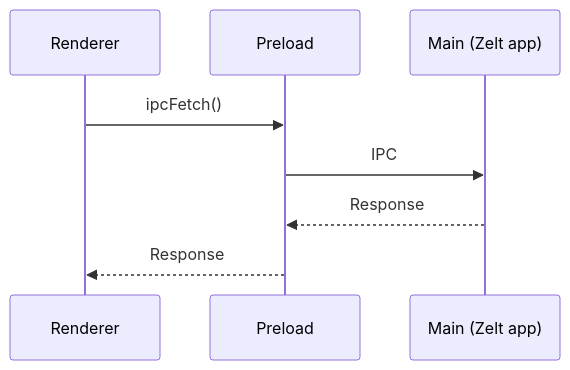
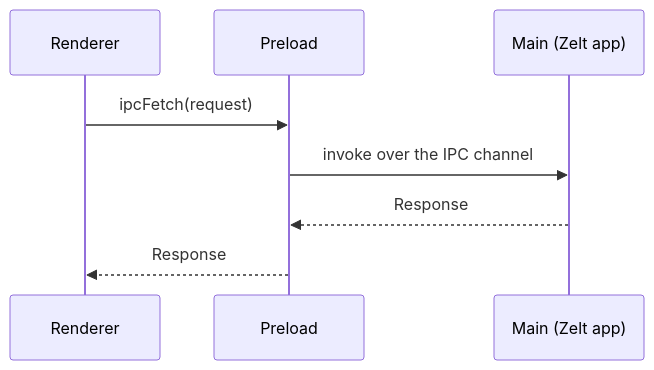
Before and after one commit to zeltjs/zelt: the diagram in website/docs/getting-started/electron.mdx, drawn with Mermaid. The commit also changed 7 other files, not shown here.

First line of the commit message:
docs(website): redesign remaining diagrams for reader-facing clarity

````diff
--- a/website/docs/getting-started/electron.mdx
+++ b/website/docs/getting-started/electron.mdx
@@ -28,11 +28,11 @@
 ```mermaid
 sequenceDiagram
   participant Renderer
   participant Preload
   participant Main as Main (Zelt app)
 
-  Renderer->>Preload: ipcFetch()
-  Preload->>Main: IPC
+  Renderer->>Preload: ipcFetch(request)
+  Preload->>Main: invoke over the IPC channel
   Main-->>Preload: Response
   Preload-->>Renderer: Response
 ```
````
